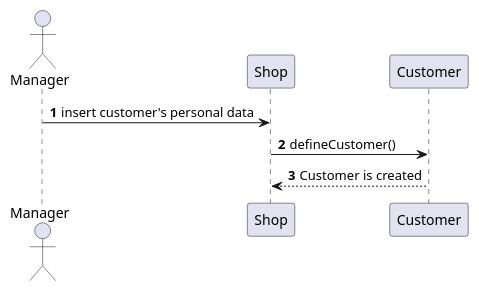
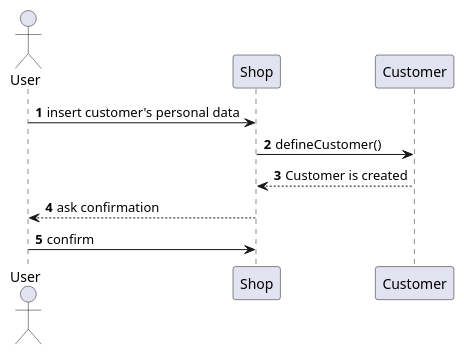
Diagram 11 of 17 in Deliverables/DesignDocument.md (b3xul/ezshop), drawn with PlantUML before and after one commit. The commit also changed other lines of this file, not shown here.

Commit message:
updated sequences

````diff
--- a/Deliverables/DesignDocument.md
+++ b/Deliverables/DesignDocument.md
@@ -452,14 +435,16 @@
 ```plantuml
 @startuml
 
-actor Manager
+actor User
 participant Shop
 participant Customer
 
 autonumber 
-Manager -> Shop: insert customer's personal data
+User -> Shop: insert customer's personal data
 Shop -> Customer: defineCustomer()
 Customer --> Shop: Customer is created
+Shop --> User: ask confirmation
+User -> Shop: confirm
 
 @enduml
 ```
````
